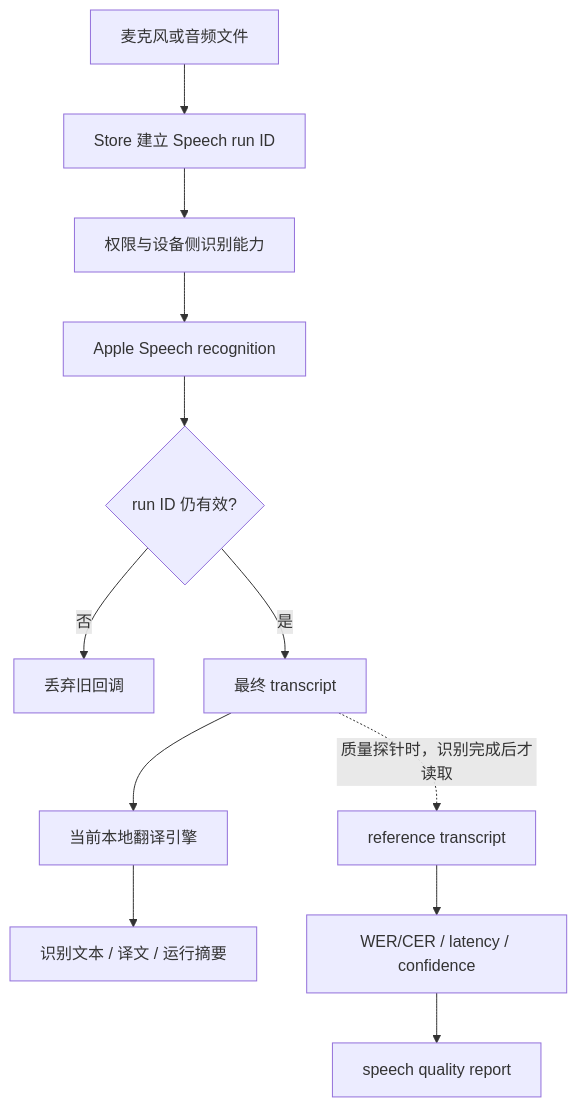
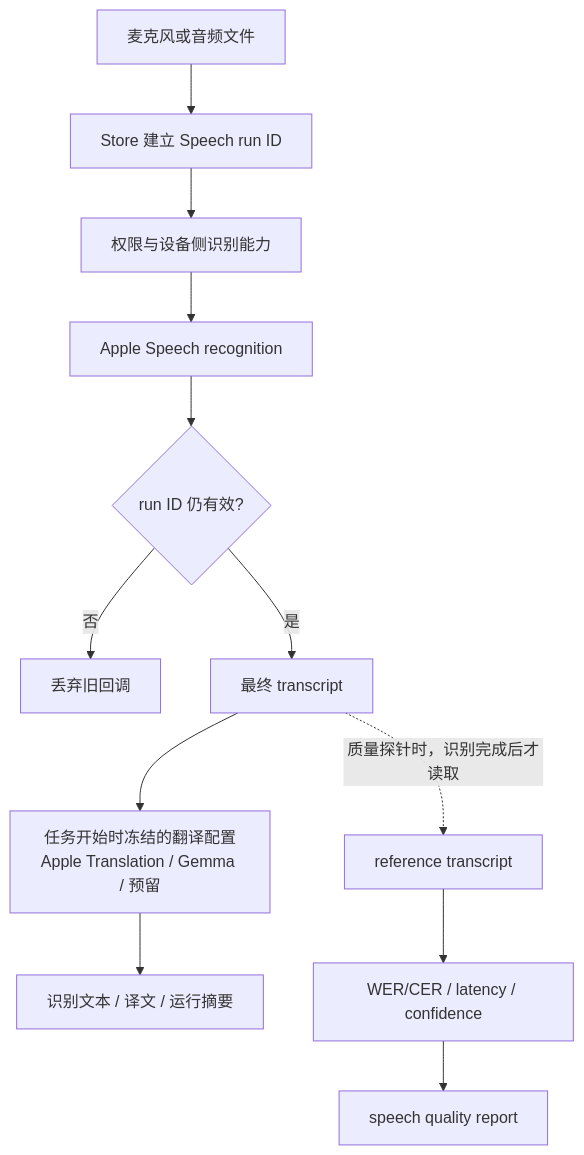
Before and after one commit to bengzhu/project1_lgbt_naxida: the fifth of 7 diagrams in md/flow/flowchart.md, drawn with Mermaid. The commit also changed other lines of this file and 22 other files, not shown here.

````diff
--- a/md/flow/flowchart.md
+++ b/md/flow/flowchart.md
@@ -272,15 +275,15 @@
 ```mermaid
 flowchart TD
   AUDIO["麦克风或音频文件"] --> RUN["Store 建立 Speech run ID"]
   RUN --> AUTH["权限与设备侧识别能力"]
   AUTH --> RECOGNIZE["Apple Speech recognition"]
   RECOGNIZE --> CHECK{"run ID 仍有效?"}
   CHECK -- "否" --> DROP["丢弃旧回调"]
   CHECK -- "是" --> TRANSCRIPT["最终 transcript"]
-  TRANSCRIPT --> TRANSLATE["当前本地翻译引擎"]
+  TRANSCRIPT --> TRANSLATE["任务开始时冻结的翻译配置<br/>Apple Translation / Gemma / 预留"]
   TRANSLATE --> RESULT["识别文本 / 译文 / 运行摘要"]
 
   TRANSCRIPT -. "质量探针时，识别完成后才读取" .-> REF["reference transcript"]
   REF --> EVAL["WER/CER / latency / confidence"]
   EVAL --> REPORT["speech quality report"]
 ```
````
